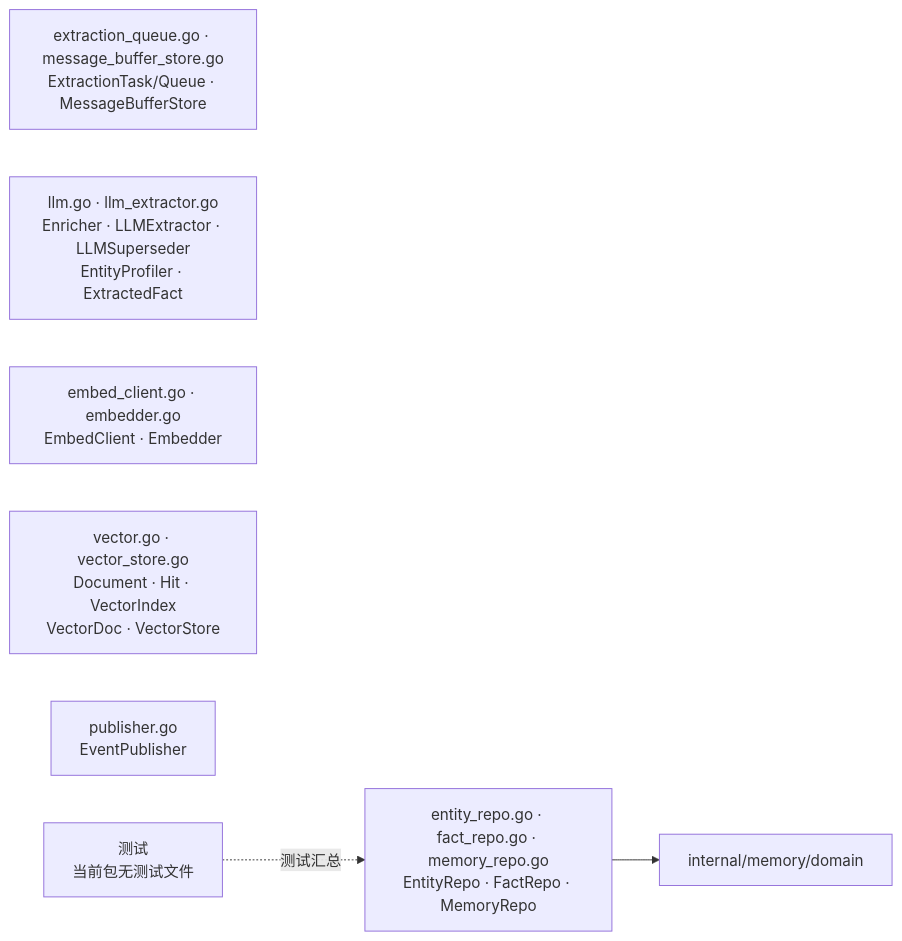
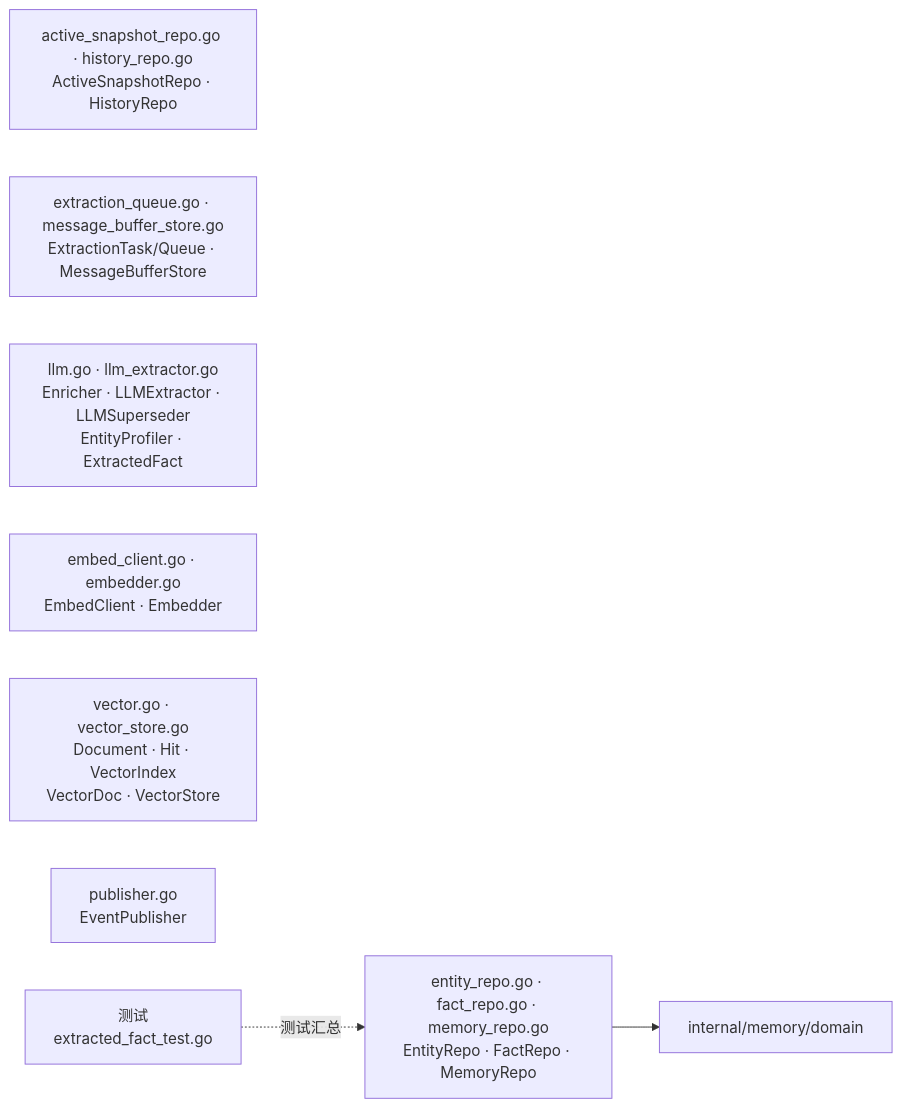
One commit to ArchChuan/Stratum changed the diagram in docs/go-package-architecture/internal-memory-domain-port.md. Above: the diagram before and after it, drawn with Mermaid. The commit also changed other lines of this file and 12 other files, not shown here.

````diff
--- a/docs/go-package-architecture/internal-memory-domain-port.md
+++ b/docs/go-package-architecture/internal-memory-domain-port.md
@@ -7,13 +7,14 @@
 ```mermaid
 flowchart LR
   repos["entity_repo.go · fact_repo.go · memory_repo.go<br/>EntityRepo · FactRepo · MemoryRepo"]
+  tiered["active_snapshot_repo.go · history_repo.go<br/>ActiveSnapshotRepo · HistoryRepo"]
   queue["extraction_queue.go · message_buffer_store.go<br/>ExtractionTask/Queue · MessageBufferStore"]
   llm["llm.go · llm_extractor.go<br/>Enricher · LLMExtractor · LLMSuperseder<br/>EntityProfiler · ExtractedFact"]
   embedding["embed_client.go · embedder.go<br/>EmbedClient · Embedder"]
   vector["vector.go · vector_store.go<br/>Document · Hit · VectorIndex<br/>VectorDoc · VectorStore"]
   events["publisher.go<br/>EventPublisher"]
   domain["internal/memory/domain"]
-  tests["测试<br/>当前包无测试文件"]
+  tests["测试<br/>extracted_fact_test.go"]
   repos --> domain
   tests -.测试汇总.-> repos
 ```
````
